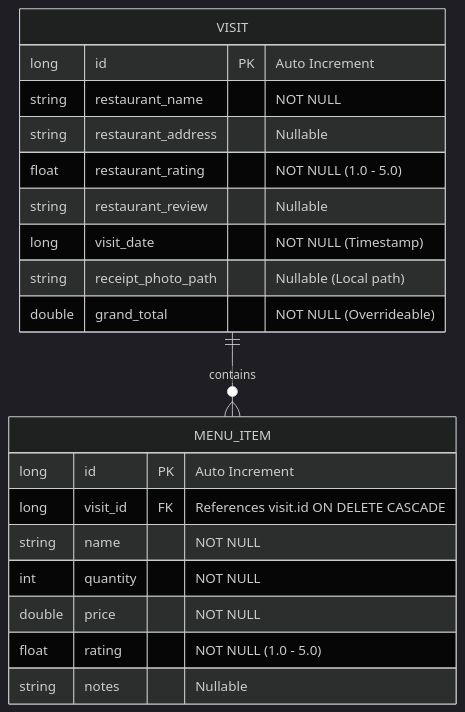
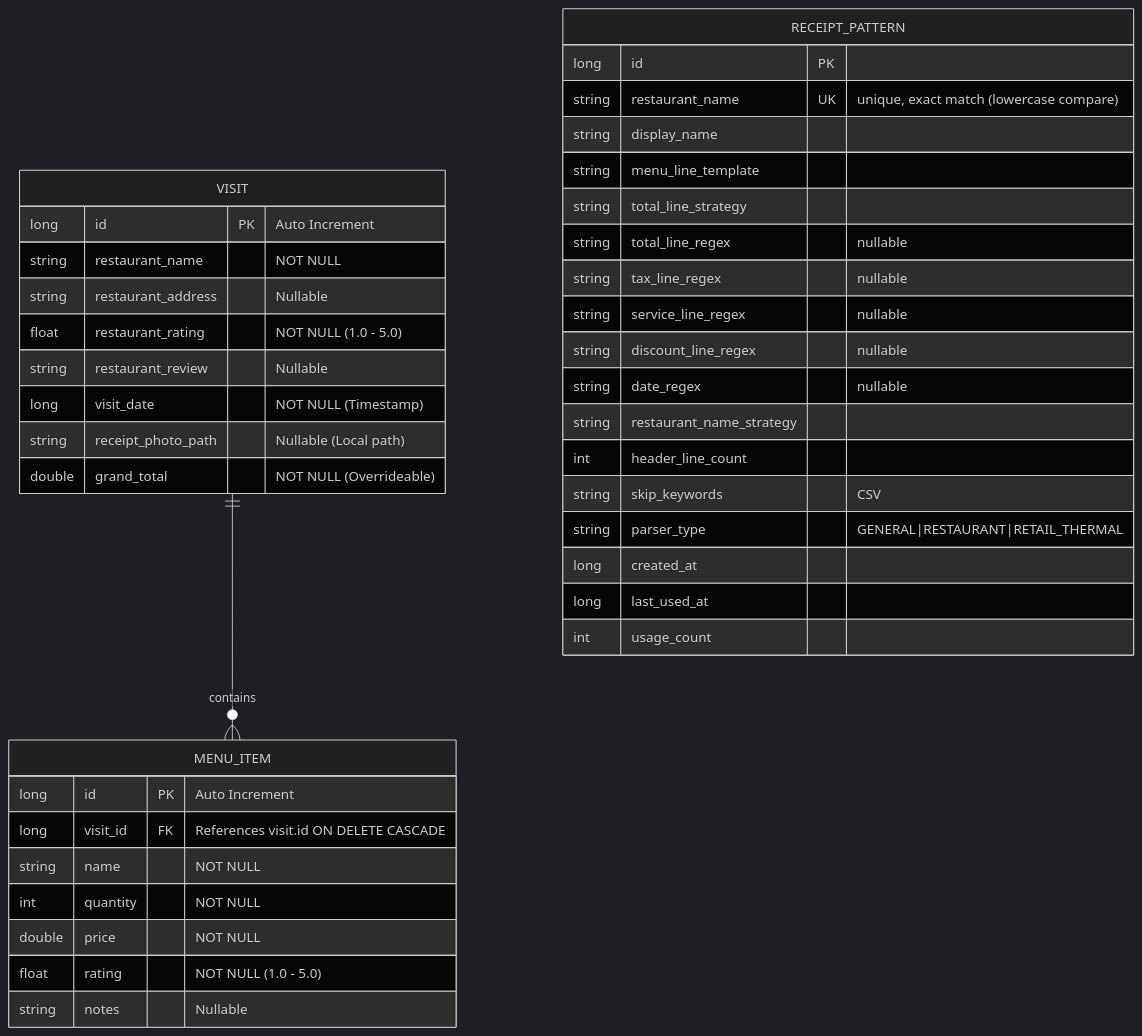
One commit to wilyanresna/bill-umaba changed the second of 3 diagrams in docs/architecture.md. Above: the diagram before and after it, drawn with Mermaid (dark theme). The commit also changed other lines of this file and 26 other files, not shown here.

````diff
--- a/docs/architecture.md
+++ b/docs/architecture.md
@@ -71,23 +71,42 @@
 ```mermaid
 erDiagram
     VISIT ||--o{ MENU_ITEM : contains
+    RECEIPT_PATTERN {
+        long id PK
+        string restaurant_name UK "unique, exact match (lowercase compare)"
+        string display_name
+        string menu_line_template
+        string total_line_strategy
+        string total_line_regex "nullable"
+        string tax_line_regex "nullable"
+        string service_line_regex "nullable"
+        string discount_line_regex "nullable"
+        string date_regex "nullable"
+        string restaurant_name_strategy
+        int header_line_count
+        string skip_keywords "CSV"
+        string parser_type "GENERAL|RESTAURANT|RETAIL_THERMAL"
+        long created_at
+        long last_used_at
+        int usage_count
+    }
     VISIT {
         long id PK "Auto Increment"
         string restaurant_name "NOT NULL"
         string restaurant_address "Nullable"
         float restaurant_rating "NOT NULL (1.0 - 5.0)"
         string restaurant_review "Nullable"
         long visit_date "NOT NULL (Timestamp)"
         string receipt_photo_path "Nullable (Local path)"
         double grand_total "NOT NULL (Overrideable)"
     }
     MENU_ITEM {
         long id PK "Auto Increment"
         long visit_id FK "References visit.id ON DELETE CASCADE"
         string name "NOT NULL"
         int quantity "NOT NULL"
         double price "NOT NULL"
         float rating "NOT NULL (1.0 - 5.0)"
         string notes "Nullable"
     }
 ```
````
